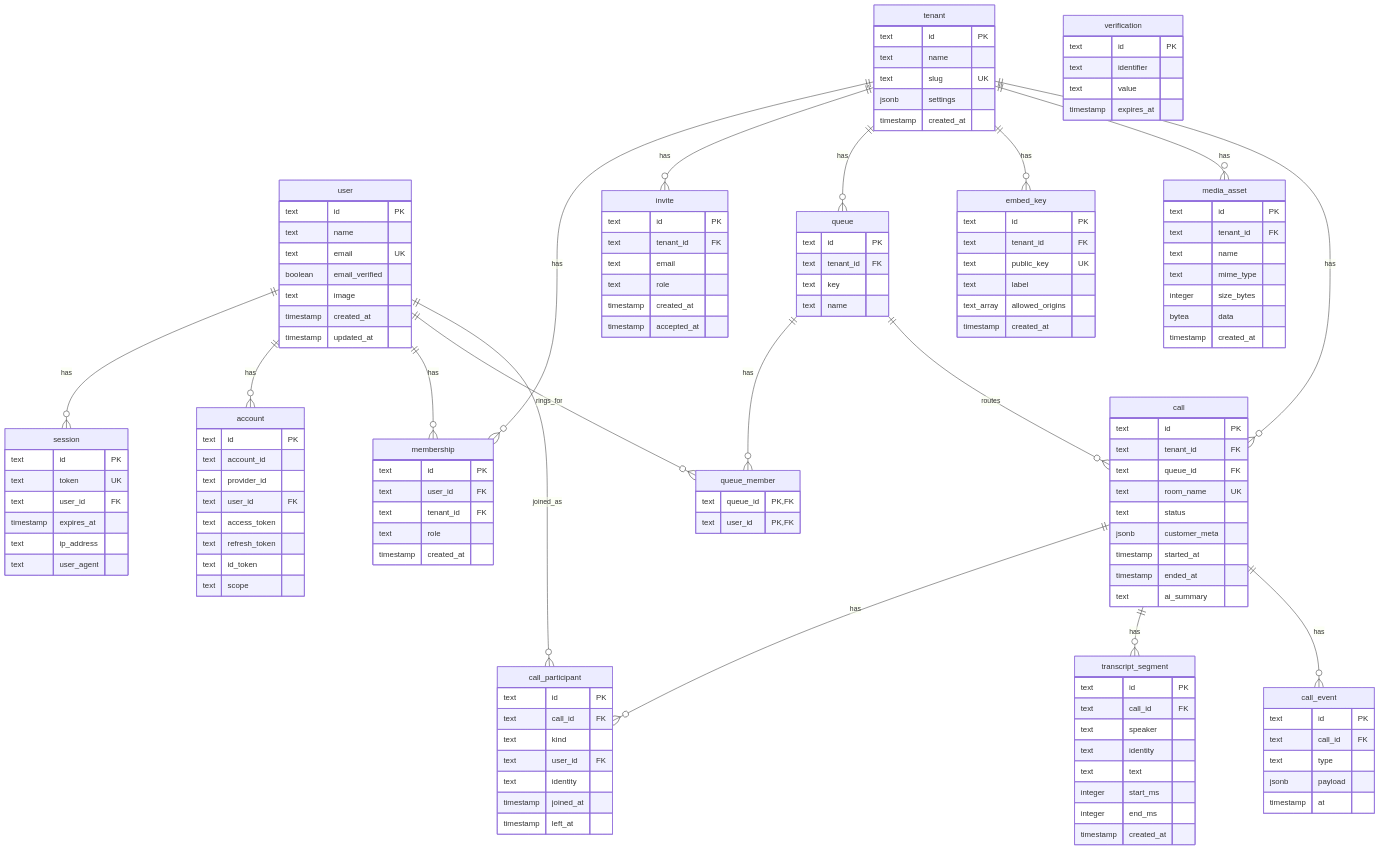
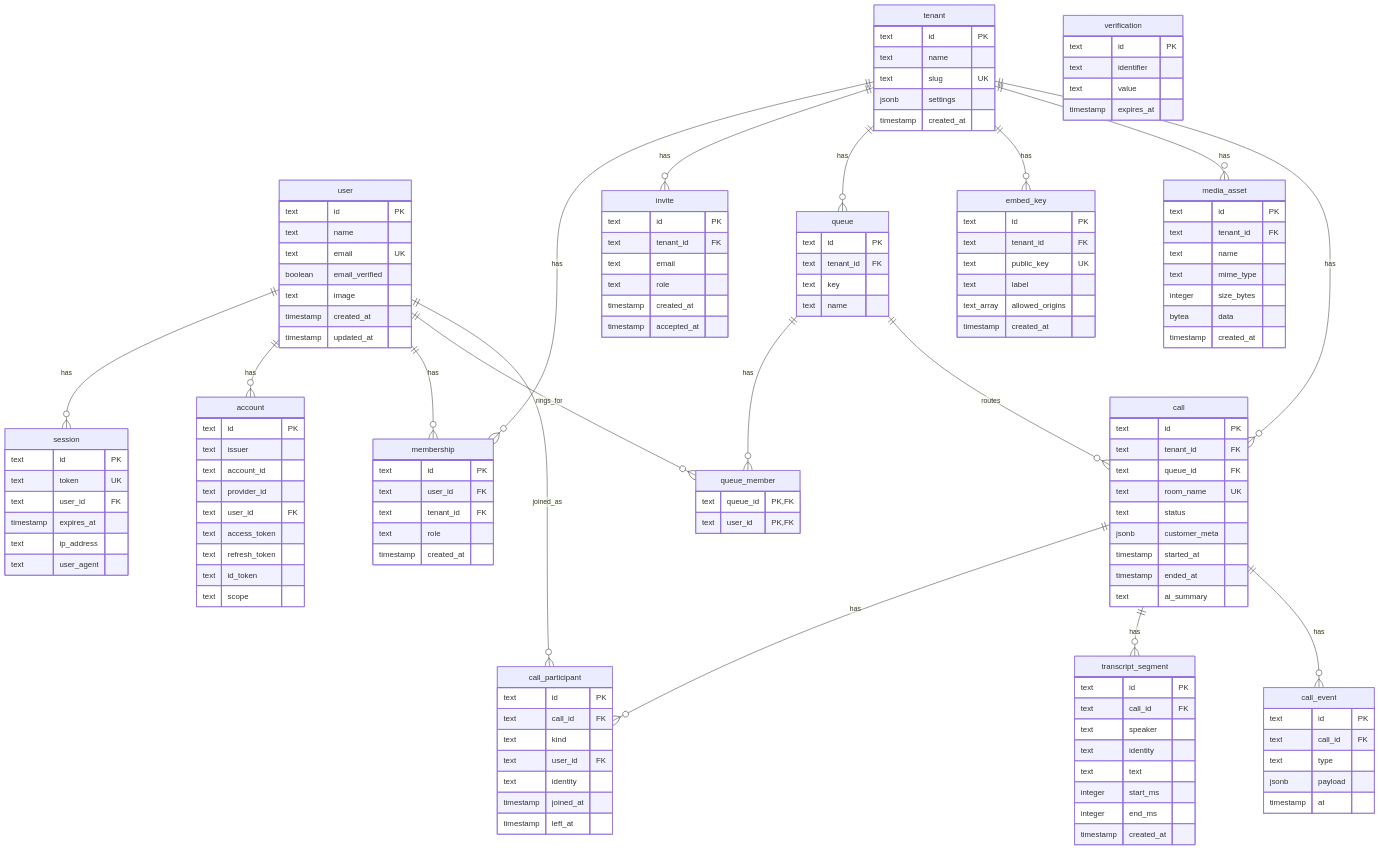
The diagram in apps/api/src/db/README.md (ggcaponetto/patchbay-contact-center), drawn with Mermaid before and after one commit. The commit also changed other lines of this file and 7 other files, not shown here.

```diff
--- a/apps/api/src/db/README.md
+++ b/apps/api/src/db/README.md
@@ -46,6 +46,7 @@
   }
   account {
     text id PK
+    text issuer
     text account_id
     text provider_id
     text user_id FK
```
